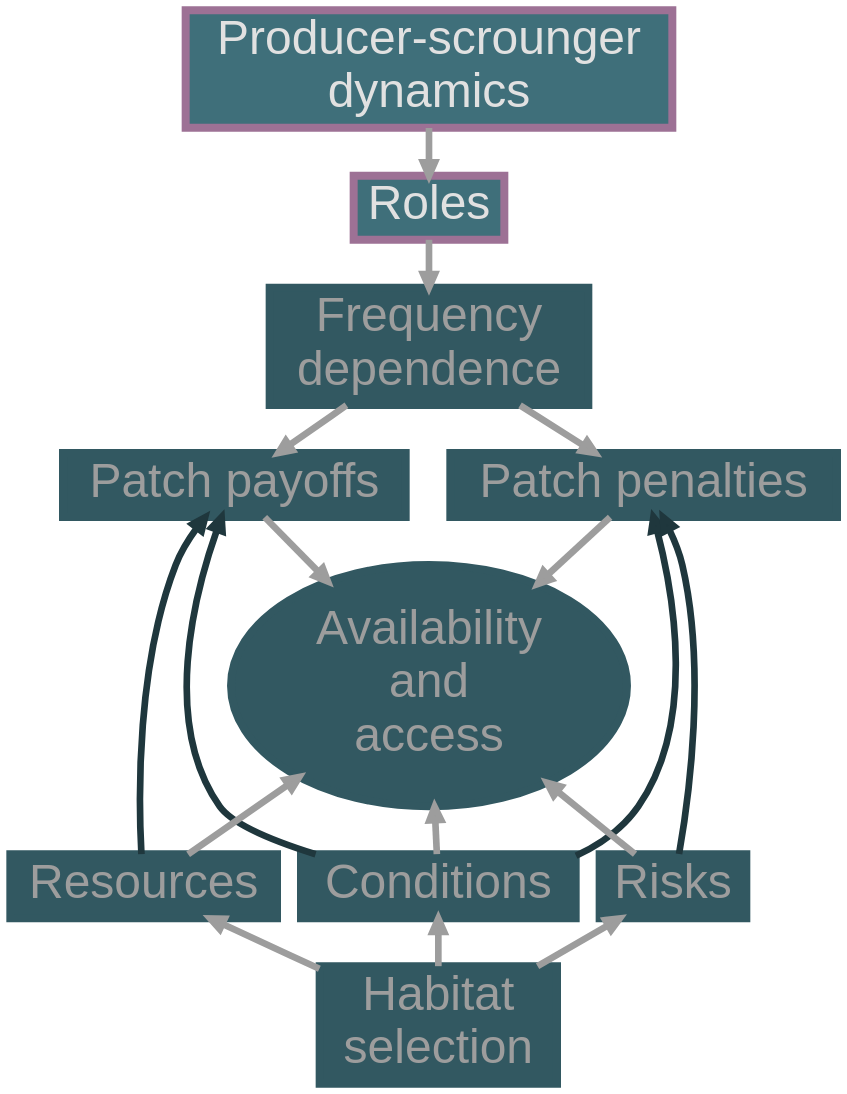
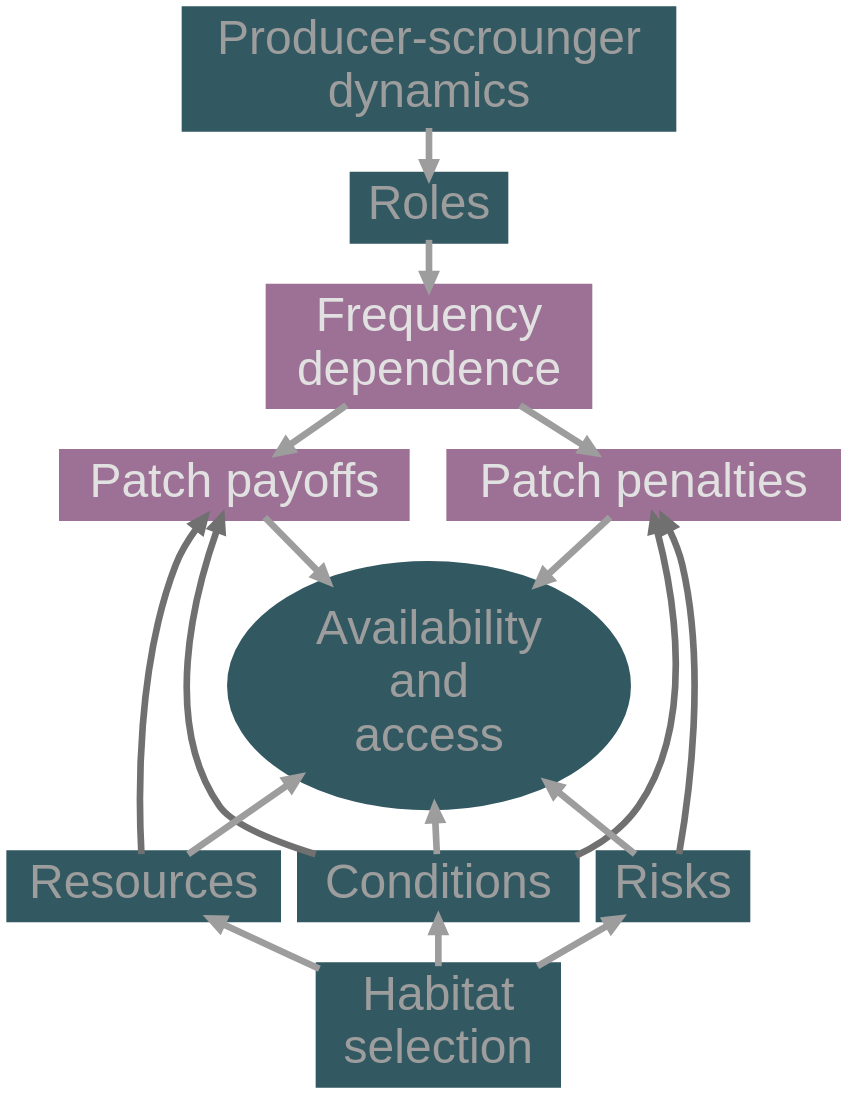
One commit to robitalec/comprehensive-exam changed the third of 3 diagrams in slides/slides.qmd. Above: the diagram before and after it, drawn with Graphviz. The commit also changed other lines of this file, not shown here.

Commit message:
payoffs, penalties, freq dep

````diff
--- a/slides/slides.qmd
+++ b/slides/slides.qmd
@@ -121,28 +121,28 @@
 ```{dot}
 //| fig-width: 2.2
 digraph habitat_and_producer {
   bgcolor = transparent;
   rankdir = TB
 	node [fontsize = 36, shape = box, fontname = Helvetica, fontcolor = "#9d9d9d", style = filled, color = "#325861", fillcolor = "#325861", penwidth = 6]
 	edge [penwidth = 5, color = "#9d9d9d"] 
 	Habitat [label = "Habitat\nselection"]
 	Resources
 	Conditions
 	Risks
 
-    Roles [color = "#9d7195", fontcolor = "#e1e1e1", fillcolor = "#3f6f7a"]
-	ps_dyn [label = "Producer-scrounger\ndynamics", color = "#9d7195", fillcolor = "#3f6f7a", fontcolor = "#e1e1e1"]
-	freq [label = "Frequency\ndependence"]
-	patch_penalties [label = "Patch penalties"]
-	patch_payoffs [label = "Patch payoffs"]
+    Roles 
+	ps_dyn [label = "Producer-scrounger\ndynamics"]
+	freq [label = "Frequency\ndependence", color = "#9d7195", fillcolor = "#9d7195", fontcolor = "#e1e1e1"]
+	patch_penalties [label = "Patch penalties", color = "#9d7195", fillcolor = "#9d7195", fontcolor = "#e1e1e1"]
+	patch_payoffs [label = "Patch payoffs", color = "#9d7195", fillcolor = "#9d7195", fontcolor = "#e1e1e1"]
 	access_avail [label = "Availability\nand\naccess", shape = ellipse]
 
 	ps_dyn -> Roles -> freq -> {patch_penalties patch_payoffs}
 	{patch_penalties patch_payoffs} -> access_avail
 	access_avail -> {Resources Conditions Risks} [dir = back]
-	{patch_penalties} ->  Risks [color = "#1f373d", dir = back]
-	patch_payoffs -> Resources [color = "#1f373d", dir = back]
-	{patch_payoffs patch_penalties} -> Conditions [color = "#1f373d", dir = back]
+	{patch_penalties} ->  Risks [color = "#707070", dir = back]
+	patch_payoffs -> Resources [color = "#707070", dir = back]
+	{patch_payoffs patch_penalties} -> Conditions [color = "#707070", dir = back]
 	{Resources Risks Conditions} -> Habitat [dir = back]
 }
 ```
````
